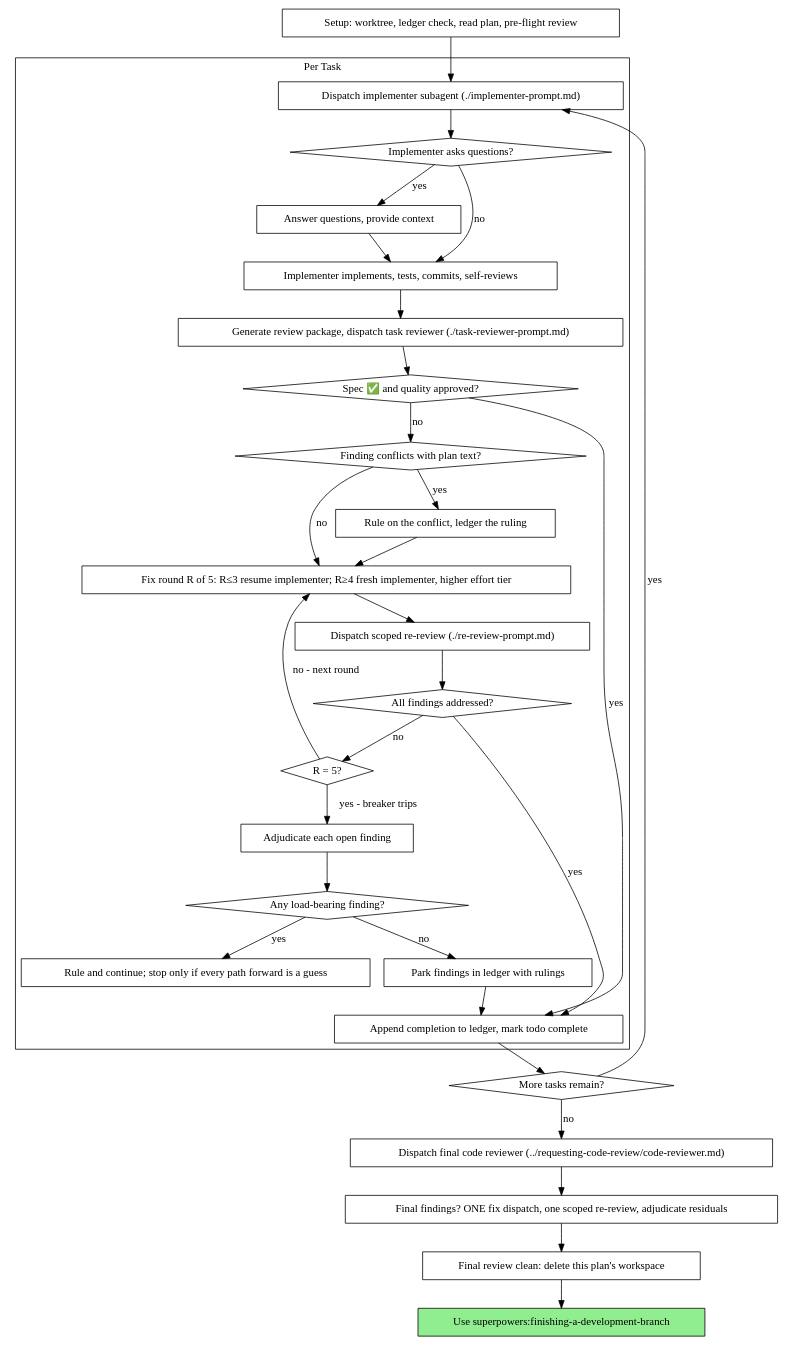
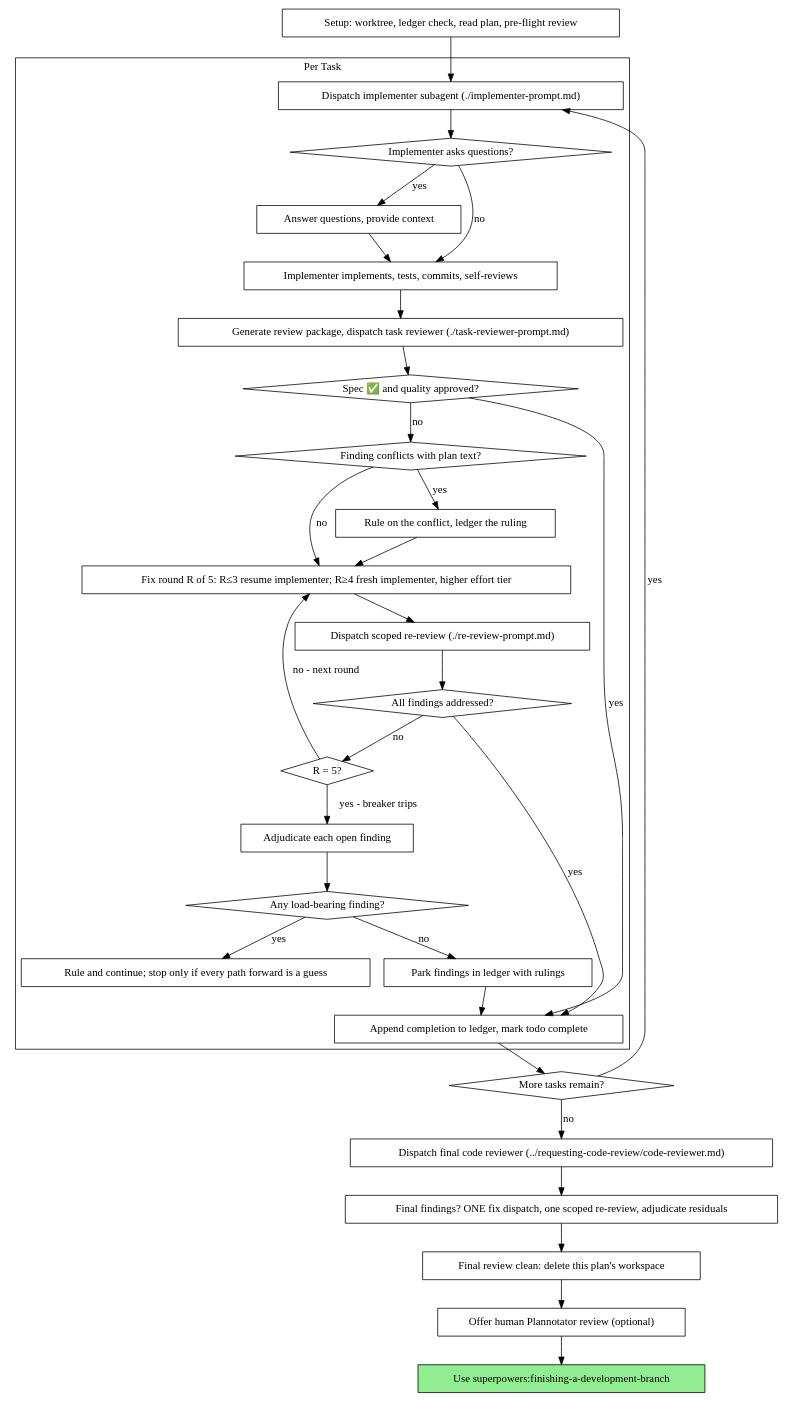
Before and after one commit to TallJimbo/superpowers: the second of 2 diagrams in skills/subagent-driven-development/SKILL.md, drawn with Graphviz. The commit also changed other lines of this file and 1 other file, not shown here.

````diff
--- a/skills/subagent-driven-development/SKILL.md
+++ b/skills/subagent-driven-development/SKILL.md
@@ -55,62 +55,64 @@
 ```dot
 digraph process {
     rankdir=TB;
 
     subgraph cluster_per_task {
         label="Per Task";
         "Dispatch implementer subagent (./implementer-prompt.md)" [shape=box];
         "Implementer asks questions?" [shape=diamond];
         "Answer questions, provide context" [shape=box];
         "Implementer implements, tests, commits, self-reviews" [shape=box];
         "Generate review package, dispatch task reviewer (./task-reviewer-prompt.md)" [shape=box];
         "Spec ✅ and quality approved?" [shape=diamond];
         "Finding conflicts with plan text?" [shape=diamond];
         "Rule on the conflict, ledger the ruling" [shape=box];
         "Fix round R of 5: R≤3 resume implementer; R≥4 fresh implementer, higher effort tier" [shape=box];
         "Dispatch scoped re-review (./re-review-prompt.md)" [shape=box];
         "All findings addressed?" [shape=diamond];
         "R = 5?" [shape=diamond];
         "Adjudicate each open finding" [shape=box];
         "Any load-bearing finding?" [shape=diamond];
         "Rule and continue; stop only if every path forward is a guess" [shape=box];
         "Park findings in ledger with rulings" [shape=box];
         "Append completion to ledger, mark todo complete" [shape=box];
     }
 
     "Setup: worktree, ledger check, read plan, pre-flight review" [shape=box];
     "More tasks remain?" [shape=diamond];
     "Dispatch final code reviewer (../requesting-code-review/code-reviewer.md)" [shape=box];
     "Final findings? ONE fix dispatch, one scoped re-review, adjudicate residuals" [shape=box];
     "Final review clean: delete this plan's workspace" [shape=box];
+        "Offer human Plannotator review (optional)" [shape=box];
     "Use superpowers:finishing-a-development-branch" [shape=box style=filled fillcolor=lightgreen];
 
     "Setup: worktree, ledger check, read plan, pre-flight review" -> "Dispatch implementer subagent (./implementer-prompt.md)";
     "Dispatch implementer subagent (./implementer-prompt.md)" -> "Implementer asks questions?";
     "Implementer asks questions?" -> "Answer questions, provide context" [label="yes"];
     "Answer questions, provide context" -> "Implementer implements, tests, commits, self-reviews";
     "Implementer asks questions?" -> "Implementer implements, tests, commits, self-reviews" [label="no"];
     "Implementer implements, tests, commits, self-reviews" -> "Generate review package, dispatch task reviewer (./task-reviewer-prompt.md)";
     "Generate review package, dispatch task reviewer (./task-reviewer-prompt.md)" -> "Spec ✅ and quality approved?";
     "Spec ✅ and quality approved?" -> "Append completion to ledger, mark todo complete" [label="yes"];
     "Spec ✅ and quality approved?" -> "Finding conflicts with plan text?" [label="no"];
     "Finding conflicts with plan text?" -> "Rule on the conflict, ledger the ruling" [label="yes"];
     "Rule on the conflict, ledger the ruling" -> "Fix round R of 5: R≤3 resume implementer; R≥4 fresh implementer, higher effort tier";
     "Finding conflicts with plan text?" -> "Fix round R of 5: R≤3 resume implementer; R≥4 fresh implementer, higher effort tier" [label="no"];
     "Fix round R of 5: R≤3 resume implementer; R≥4 fresh implementer, higher effort tier" -> "Dispatch scoped re-review (./re-review-prompt.md)";
     "Dispatch scoped re-review (./re-review-prompt.md)" -> "All findings addressed?";
     "All findings addressed?" -> "Append completion to ledger, mark todo complete" [label="yes"];
     "All findings addressed?" -> "R = 5?" [label="no"];
     "R = 5?" -> "Fix round R of 5: R≤3 resume implementer; R≥4 fresh implementer, higher effort tier" [label="no - next round"];
     "R = 5?" -> "Adjudicate each open finding" [label="yes - breaker trips"];
     "Adjudicate each open finding" -> "Any load-bearing finding?";
     "Any load-bearing finding?" -> "Rule and continue; stop only if every path forward is a guess" [label="yes"];
     "Any load-bearing finding?" -> "Park findings in ledger with rulings" [label="no"];
     "Park findings in ledger with rulings" -> "Append completion to ledger, mark todo complete";
     "Append completion to ledger, mark todo complete" -> "More tasks remain?";
     "More tasks remain?" -> "Dispatch implementer subagent (./implementer-prompt.md)" [label="yes"];
     "More tasks remain?" -> "Dispatch final code reviewer (../requesting-code-review/code-reviewer.md)" [label="no"];
     "Dispatch final code reviewer (../requesting-code-review/code-reviewer.md)" -> "Final findings? ONE fix dispatch, one scoped re-review, adjudicate residuals";
     "Final findings? ONE fix dispatch, one scoped re-review, adjudicate residuals" -> "Final review clean: delete this plan's workspace";
-    "Final review clean: delete this plan's workspace" -> "Use superpowers:finishing-a-development-branch";
+    "Final review clean: delete this plan's workspace" -> "Offer human Plannotator review (optional)";
+    "Offer human Plannotator review (optional)" -> "Use superpowers:finishing-a-development-branch";
 }
 ```
````
